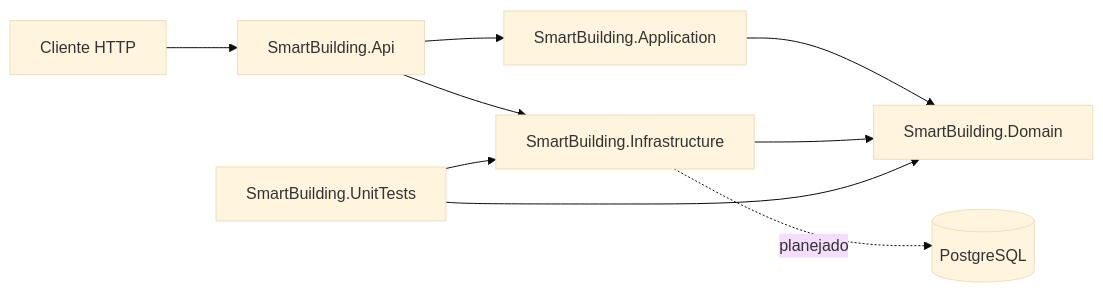
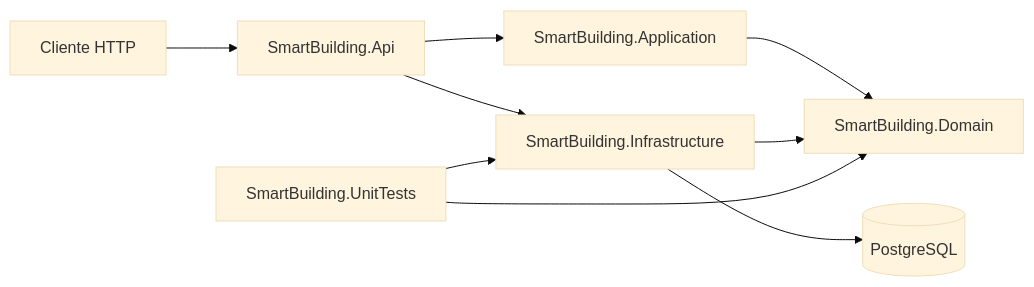
The first of 2 diagrams in Docs/architecture-overview.md (alexandrepd/smart-building-access), drawn with Mermaid (base theme) before and after one commit. The commit also changed other lines of this file and 20 other files, not shown here.

````diff
--- a/Docs/architecture-overview.md
+++ b/Docs/architecture-overview.md
@@ -9,13 +9,13 @@
 ```mermaid
 flowchart LR
     Client[Cliente HTTP] --> API[SmartBuilding.Api]
     API --> Application[SmartBuilding.Application]
     API --> Infrastructure[SmartBuilding.Infrastructure]
     Application --> Domain[SmartBuilding.Domain]
     Infrastructure --> Domain
 
     UnitTests[SmartBuilding.UnitTests] --> Domain
     UnitTests --> Infrastructure
 
-    Infrastructure -. planejado .-> PostgreSQL[(PostgreSQL)]
+    Infrastructure --> PostgreSQL[(PostgreSQL)]
 ```
````
